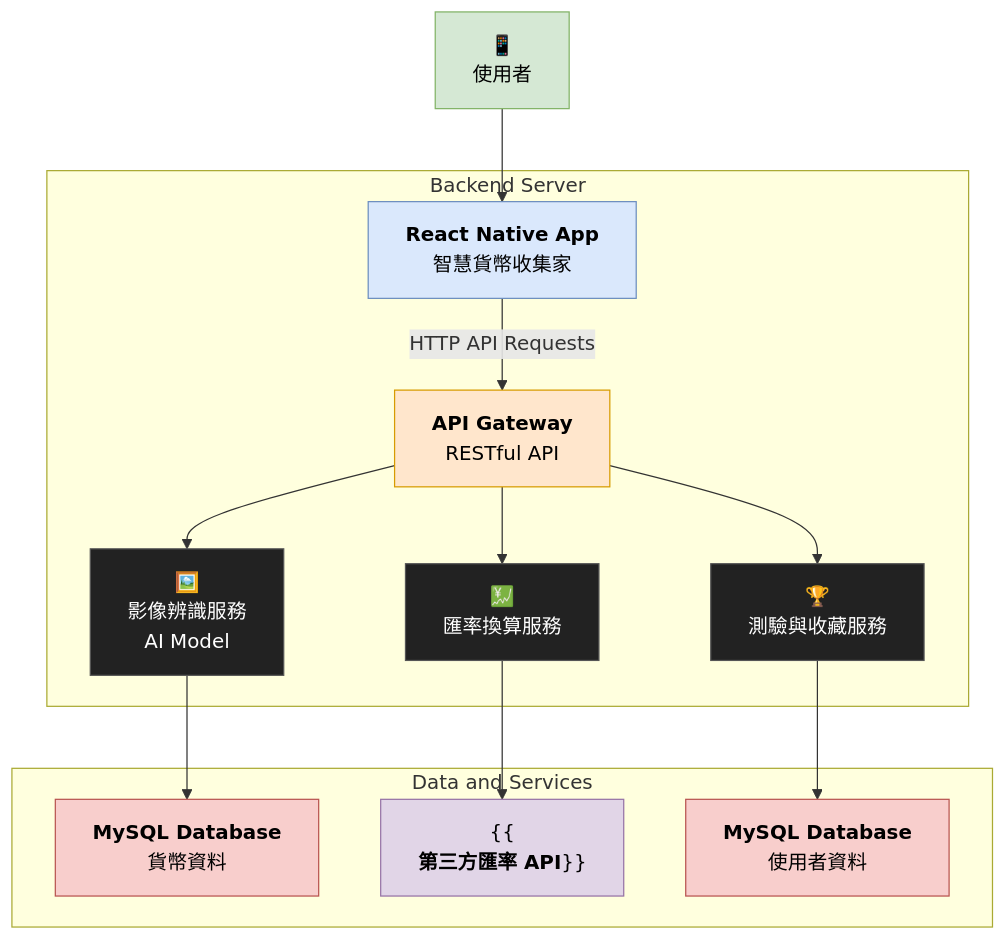
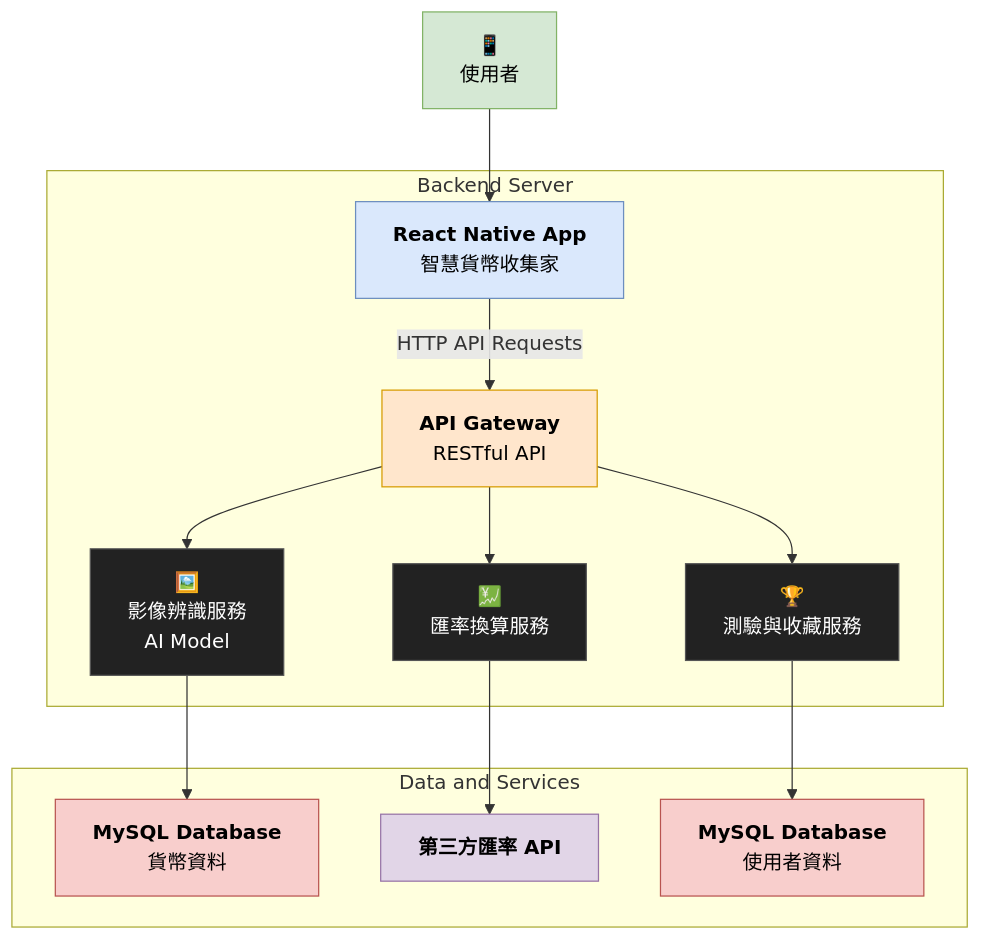
Before and after one commit to MocuAcqu/1141Currency_Learning_Materials: the diagram in README.md, drawn with Mermaid.

````diff
--- a/README.md
+++ b/README.md
@@ -14,31 +14,31 @@
 ```mermaid
 graph TD;
     User["📱<br/>使用者"] --> App["<b>React Native App</b><br/>智慧貨幣收集家"];
 
     subgraph "Backend Server"
         App -- "HTTP API Requests" --> API["<b>API Gateway</b><br/>RESTful API"];
         API --> ImageRecognition["🖼️<br/>影像辨識服務<br/>AI Model"];
         API --> ExchangeRate["💹<br/>匯率換算服務"];
         API --> QuizAndCollection["🏆<br/>測驗與收藏服務"];
     end
 
     subgraph "Data and Services"
         ImageRecognition --> DB["<b>MySQL Database</b><br/>貨幣資料"];
-        ExchangeRate --> ExternalAPI["{{<br/><b>第三方匯率 API</b>}}"];
+        ExchangeRate --> ExternalAPI["<b>第三方匯率 API</b><br/>"];
         QuizAndCollection --> UserDB["<b>MySQL Database</b><br/>使用者資料"];
     end
 
     classDef darkText color:#000000;
     class User,App,API,DB,UserDB,ExternalAPI darkText;
 
     style User fill:#D5E8D4,stroke:#82B366
     style App fill:#DAE8FC,stroke:#6C8EBF
     style API fill:#FFE6CC,stroke:#D79B00
     style DB fill:#F8CECC,stroke:#B85450
     style UserDB fill:#F8CECC,stroke:#B85450
     style ExternalAPI fill:#E1D5E7,stroke:#9673A6
 
     style ImageRecognition fill:#222,stroke:#555,color:#fff
     style ExchangeRate fill:#222,stroke:#555,color:#fff
     style QuizAndCollection fill:#222,stroke:#555,color:#fff
 ```
````
